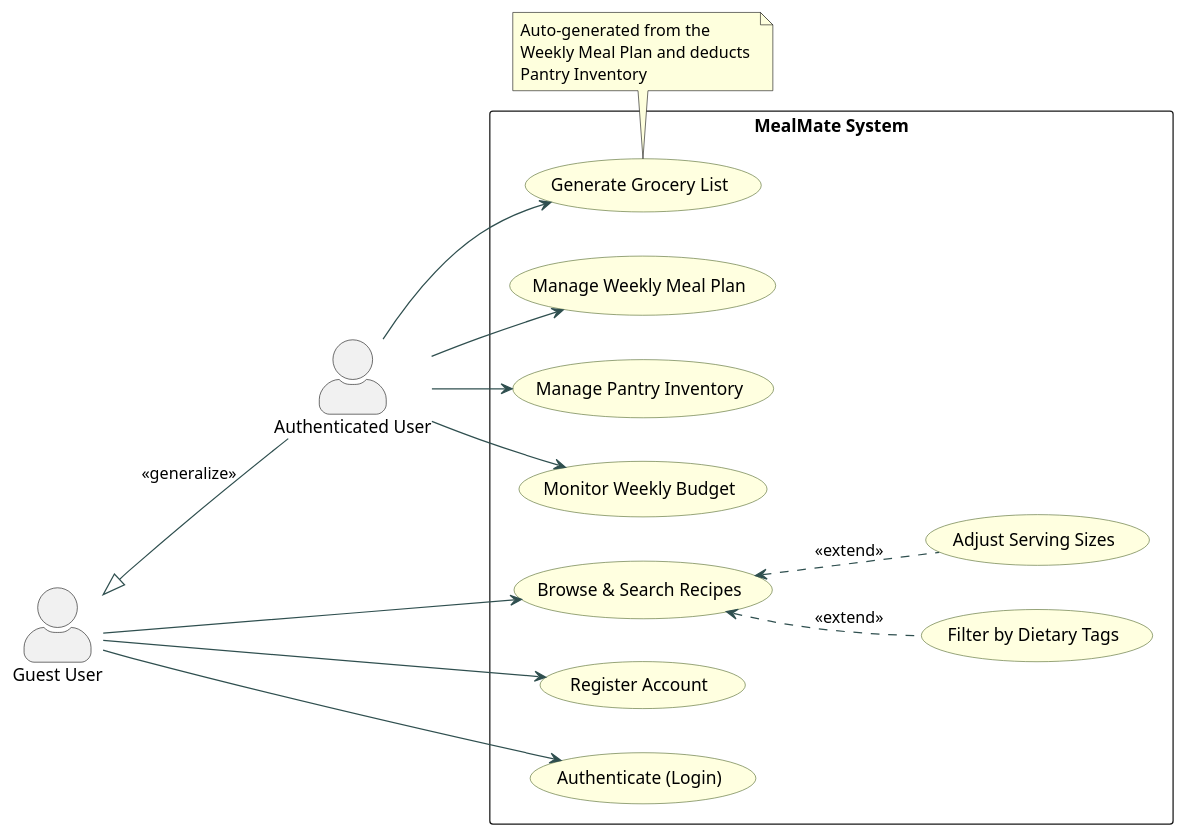
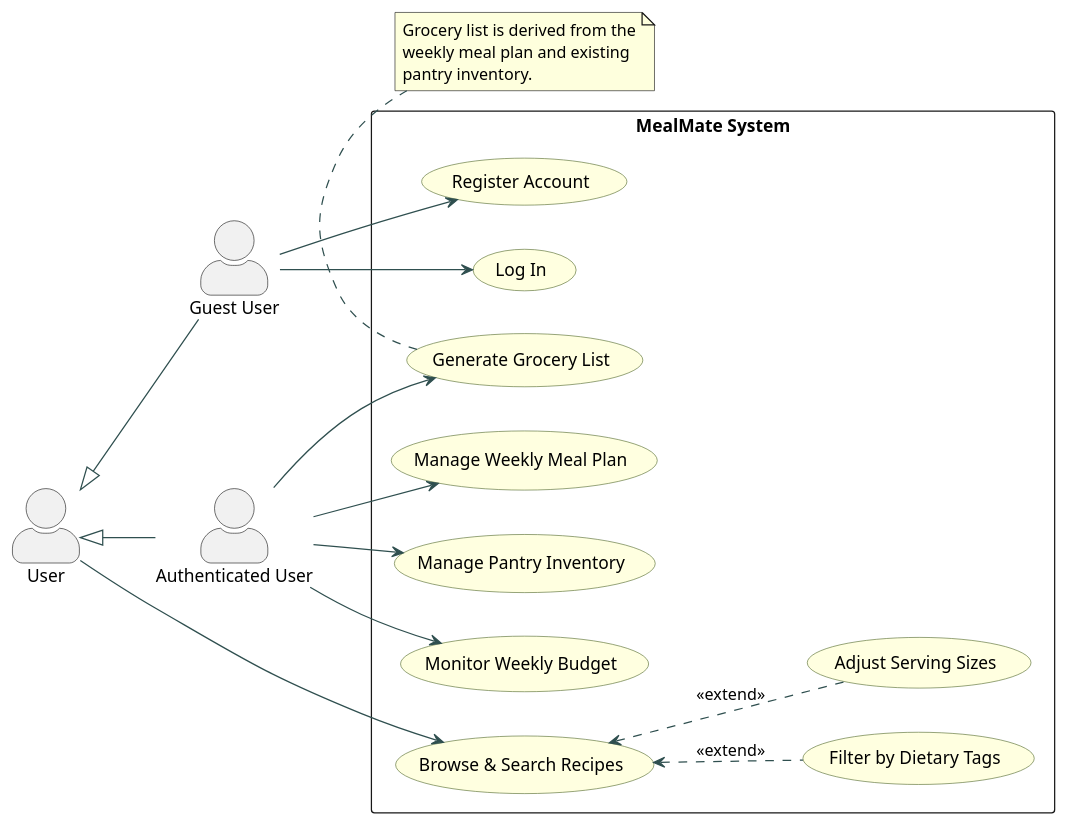
One commit to Amourous/MealMate changed the first of 4 diagrams in docs/UML_DIAGRAMS.md. Above: the diagram before and after it, drawn with PlantUML. The commit also changed 1 other file, not shown here.

Commit message:
docs: finalize use case diagram actor generalization and formal notes

````diff
--- a/docs/UML_DIAGRAMS.md
+++ b/docs/UML_DIAGRAMS.md
@@ -13,47 +13,50 @@
 ```plantuml
 @startuml MealMate_UseCaseDiagram
 left to right direction
 skinparam usecase {
   BackgroundColor LightYellow
   BorderColor DarkOliveGreen
   ArrowColor DarkSlateGray
 }
 skinparam actorStyle awesome
 
+actor "User" as U
 actor "Guest User" as Guest
 actor "Authenticated User" as AuthUser
 
-AuthUser -up-|> Guest : <<generalize>>
+Guest -up-|> U
+AuthUser -up-|> U
 
 rectangle "MealMate System" {
   usecase "Register Account"             as UC_Reg
-  usecase "Authenticate (Login)"         as UC_Login
+  usecase "Log In"                       as UC_Login
   usecase "Browse & Search Recipes"      as UC_Browse
   usecase "Filter by Dietary Tags"       as UC_Filter
   usecase "Adjust Serving Sizes"         as UC_Scale
 
   usecase "Manage Weekly Meal Plan"      as UC_Plan
   usecase "Generate Grocery List"        as UC_List
   usecase "Manage Pantry Inventory"      as UC_Pantry
   usecase "Monitor Weekly Budget"        as UC_Budget
 }
 
+U --> UC_Browse
+
 Guest --> UC_Reg
 Guest --> UC_Login
-Guest --> UC_Browse
 
 UC_Filter .up.> UC_Browse : <<extend>>
 UC_Scale .up.> UC_Browse : <<extend>>
 
 AuthUser --> UC_Plan
 AuthUser --> UC_List
 AuthUser --> UC_Pantry
 AuthUser --> UC_Budget
 
 note bottom of UC_List
-  Auto-generated from the 
-  Weekly Meal Plan and deducts 
-  Pantry Inventory
+  Grocery list is derived from the
+  weekly meal plan and existing
+  pantry inventory.
 end note
 @enduml
 ```
````
